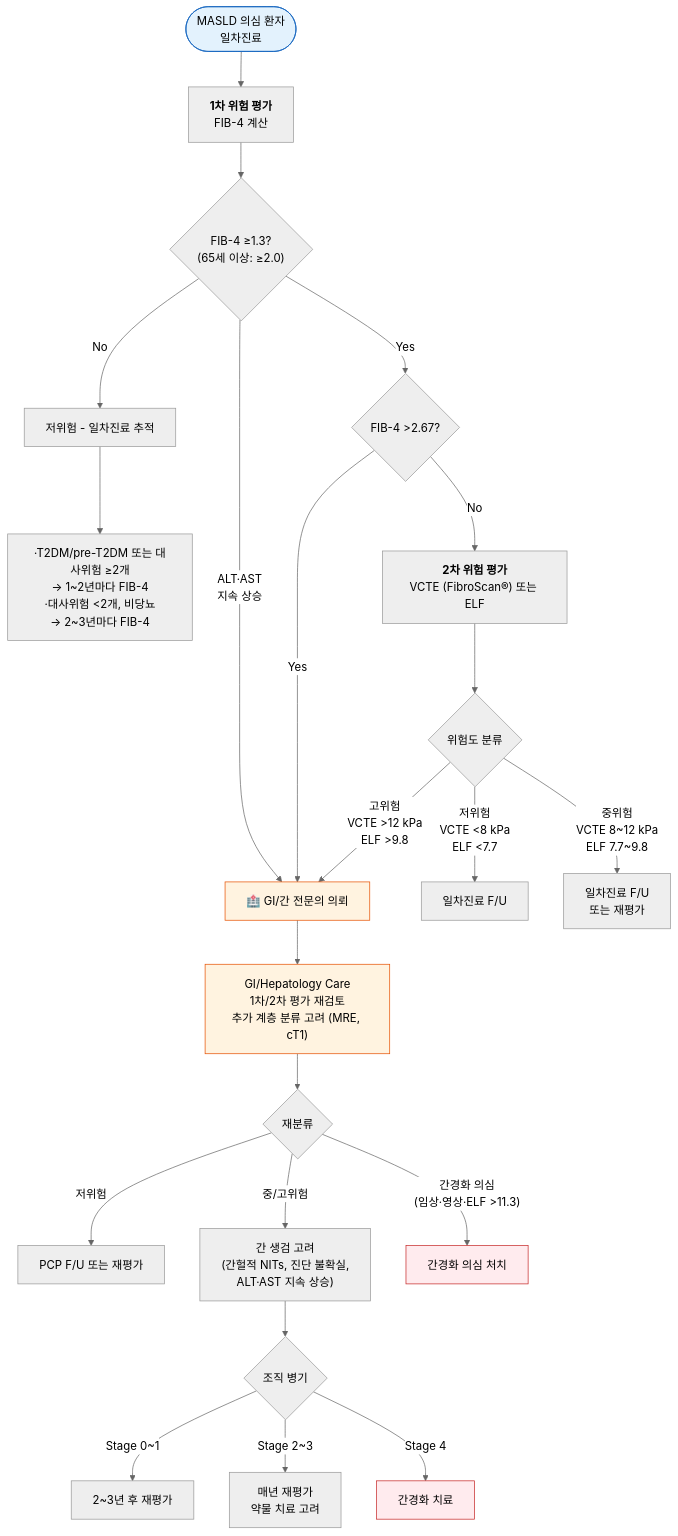
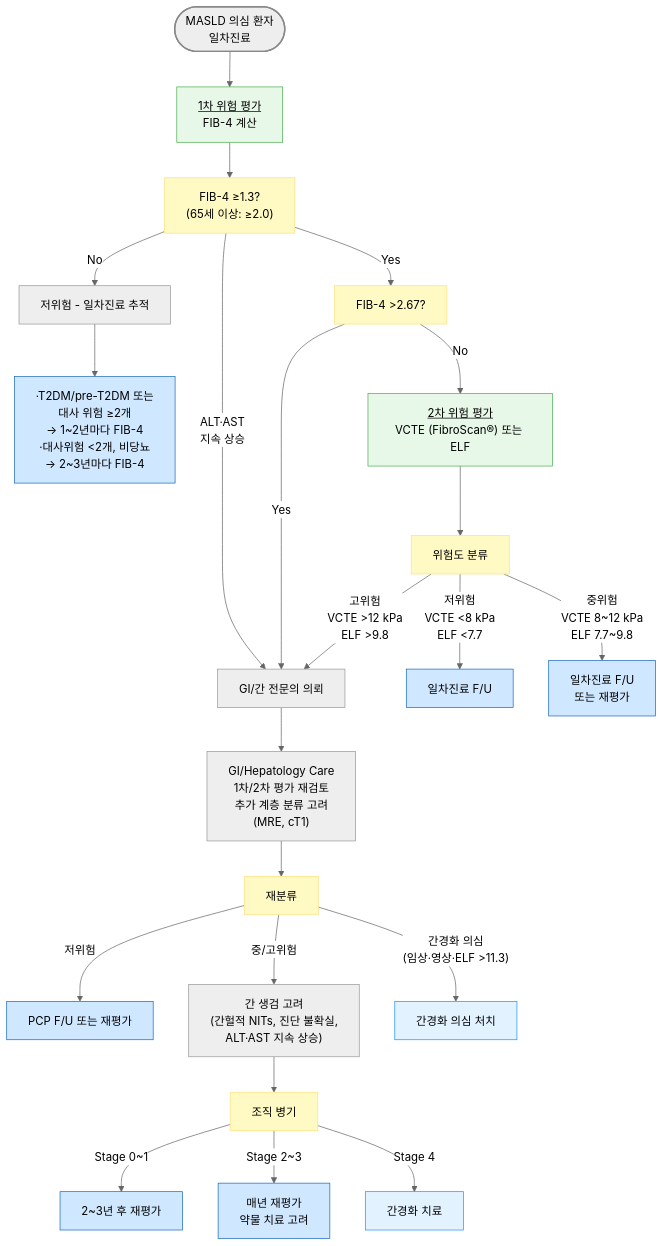
Before and after one commit to familyoh77/familyoh77: the diagram in 224_/093_-nafld.md, drawn with Mermaid (neutral theme). The commit also changed other lines of this file, not shown here.

Commit message:
GITBOOK-1019: No subject

````diff
--- a/224_/093_-nafld.md
+++ b/224_/093_-nafld.md
@@ -198,36 +198,34 @@
 ```mermaid
 flowchart TD
-    A([MASLD 의심 환자<br/>일차진료]) --> B["<b>1차 위험 평가</b><br/>FIB-4 계산"]
-
-    B --> C{"FIB-4 ≥1.3?<br/>(65세 이상: ≥2.0)"}
+    A([MASLD 의심 환자<br/>일차진료]) --> B["<u>1차 위험 평가</u><br/>FIB-4 계산"]
+    B --> C["FIB-4 ≥1.3?<br/>(65세 이상: ≥2.0)"]
     C -->|No| D["저위험 - 일차진료 추적"]
-    D --> D2["·T2DM/pre-T2DM 또는 대사위험 ≥2개<br/>→ 1~2년마다 FIB-4<br/>·대사위험 &lt;2개, 비당뇨<br/>→ 2~3년마다 FIB-4"]
-
-    C -->|Yes| E{"FIB-4 >2.67?"}
+    D --> D2["·T2DM/pre-T2DM 또는 <br/>대사 위험 ≥2개<br/>→ 1~2년마다 FIB-4<br/>·대사위험 &lt;2개, 비당뇨<br/>→ 2~3년마다 FIB-4"]
+    C -->|Yes| E["FIB-4 >2.67?"]
     C -->|"ALT·AST<br/>지속 상승"| G
-
-    E -->|Yes| G["🏥 GI/간 전문의 의뢰"]
-    E -->|No| F["<b>2차 위험 평가</b><br/>VCTE (FibroScan®) 또는 ELF"]
-
-    F --> H{"위험도 분류"}
+    E -->|Yes| G["GI/간 전문의 의뢰"]
+    E -->|No| F["<u>2차 위험 평가</u><br/>VCTE (FibroScan®) 또는 ELF"]
+    F --> H["위험도 분류"]
     H -->|"저위험<br/>VCTE &lt;8 kPa<br/>ELF &lt;7.7"| I["일차진료 F/U"]
     H -->|"중위험<br/>VCTE 8~12 kPa<br/>ELF 7.7~9.8"| J["일차진료 F/U<br/>또는 재평가"]
     H -->|"고위험<br/>VCTE >12 kPa<br/>ELF >9.8"| G
-
-    G --> K["GI/Hepatology Care<br/>1차/2차 평가 재검토<br/>추가 계층 분류 고려 (MRE, cT1)"]
-    K --> L{"재분류"}
+    G --> K["GI/Hepatology Care<br/>1차/2차 평가 재검토<br/>추가 계층 분류 고려<br/> (MRE, cT1)"]
+    K --> L["재분류"]
     L -->|저위험| M["PCP F/U 또는 재평가"]
     L -->|"중/고위험"| N["간 생검 고려<br/>(간헐적 NITs, 진단 불확실,<br/>ALT·AST 지속 상승)"]
     L -->|"간경화 의심<br/>(임상·영상·ELF >11.3)"| O["간경화 의심 처치"]
-
-    N --> P{"조직 병기"}
+    N --> P["조직 병기"]
     P -->|"Stage 0~1"| Q["2~3년 후 재평가"]
     P -->|"Stage 2~3"| R["매년 재평가<br/>약물 치료 고려"]
     P -->|"Stage 4"| S["간경화 치료"]
 
-    style A fill:#e3f2fd,stroke:#1565c0
-    style G fill:#fff3e0,stroke:#e65100
-    style K fill:#fff3e0,stroke:#e65100
-    style O fill:#ffebee,stroke:#c62828
-    style S fill:#ffebee,stroke:#c62828
+style A fill:#eeeeee,stroke:#888888,stroke-width:2px
+classDef yellow fill:#fff9c4,stroke:#ffe082
+class C,E,H,L,P yellow
+classDef lightGreen fill:#e8f8e8,stroke:#4caf50
+class B,F lightGreen
+classDef blue fill:#d0e8ff,stroke:#1a6abf
+class D2,I,J,M,Q,R blue
+classDef sky fill:#e3f2ff,stroke:#2196f3
+class S,O sky
 ```
````
